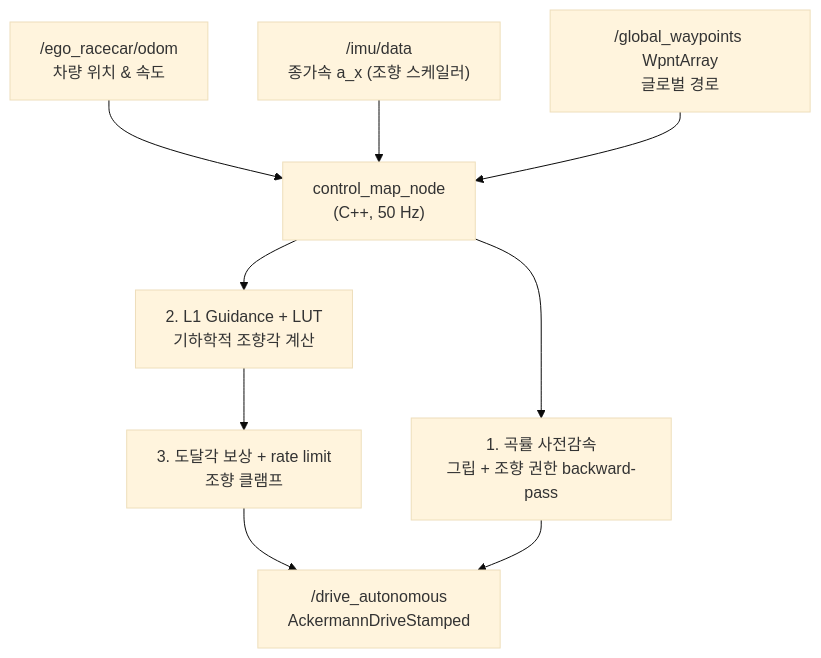
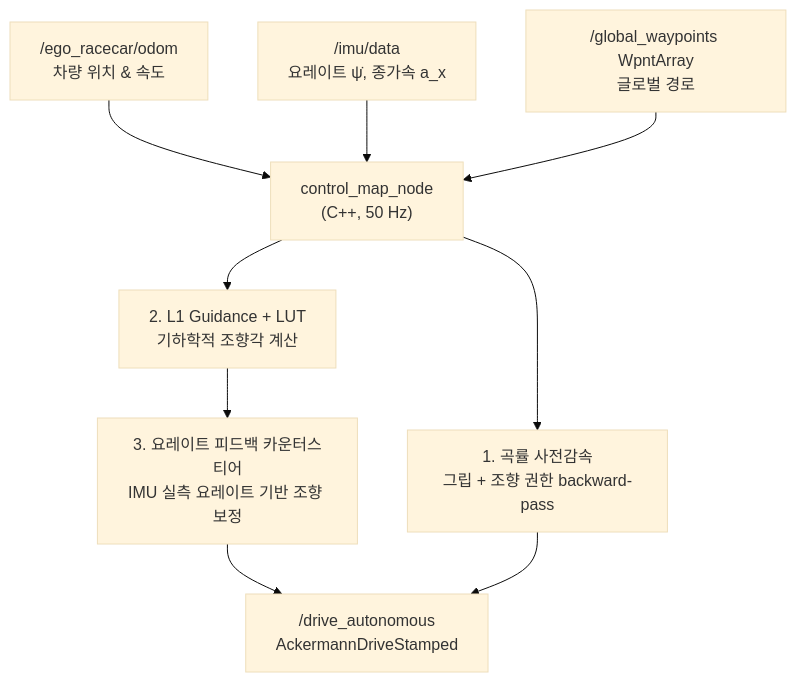
Before and after one commit to ahnsungho23/IFAC_F1TENTH: the diagram in src/f1tenth_control/CLAUDE.md, drawn with Mermaid (base theme). The commit also changed other lines of this file and 122 other files, not shown here.

````diff
--- a/src/f1tenth_control/CLAUDE.md
+++ b/src/f1tenth_control/CLAUDE.md
@@ -214,25 +180,25 @@
 ```mermaid
 graph TD
     SubOdom["/ego_racecar/odom<br>차량 위치 & 속도"]
-    SubIMU["/imu/data<br>종가속 a_x (조향 스케일러)"]
+    SubIMU["/imu/data<br>요레이트 ψ̇, 종가속 a_x"]
     Waypoints["/global_waypoints WpntArray<br>글로벌 경로"]
 
     Controller["control_map_node<br>(C++, 50 Hz)"]
 
     SubPrebrake["1. 곡률 사전감속<br>그립 + 조향 권한 backward-pass"]
     SubL1["2. L1 Guidance + LUT<br>기하학적 조향각 계산"]
-    SubYawRate["3. 도달각 보상 + rate limit<br>조향 클램프"]
+    SubYawRate["3. 요레이트 피드백 카운터스티어<br>IMU 실측 요레이트 기반 조향 보정"]
 
     PubDrive["/drive_autonomous<br>AckermannDriveStamped"]
 
     SubOdom --> Controller
     SubIMU --> Controller
     Waypoints --> Controller
 
     Controller --> SubPrebrake
     Controller --> SubL1
 
     SubL1 --> SubYawRate
     SubYawRate --> PubDrive
     SubPrebrake --> PubDrive
 ```
````
